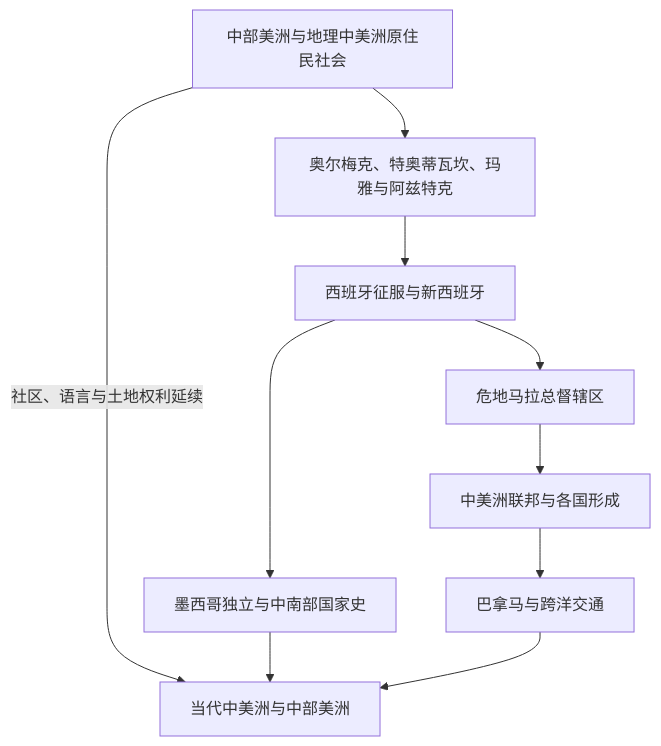
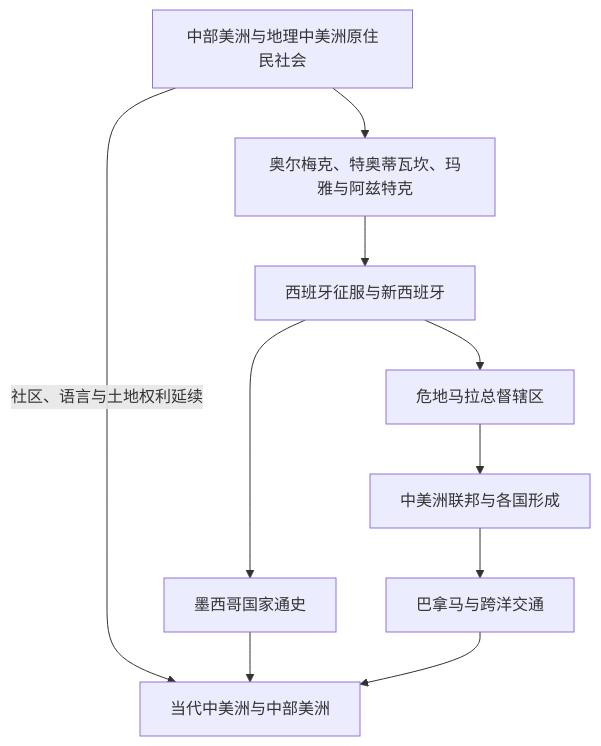
One commit to tianlan-dev/learning-notes changed the diagram in 人文科学/历史/美洲/中美洲/README.md. Above: the diagram before and after it, drawn with Mermaid. The commit also changed other lines of this file and 41 other files, not shown here.

````diff
--- a/人文科学/历史/美洲/中美洲/README.md
+++ b/人文科学/历史/美洲/中美洲/README.md
@@ -13,12 +13,12 @@
 ```mermaid
 flowchart TD
     Indigenous["中部美洲与地理中美洲原住民社会"] --> Civilizations["奥尔梅克、特奥蒂瓦坎、玛雅与阿兹特克"]
     Civilizations --> Conquest["西班牙征服与新西班牙"]
-    Conquest --> Mexico["墨西哥独立与中南部国家史"]
+    Conquest --> Mexico["墨西哥国家通史"]
     Conquest --> Captaincy["危地马拉总督辖区"]
     Captaincy --> Federation["中美洲联邦与各国形成"]
     Federation --> Panama["巴拿马与跨洋交通"]
     Indigenous -->|社区、语言与土地权利延续| Modern["当代中美洲与中部美洲"]
     Mexico --> Modern
     Panama --> Modern
 ```
````
